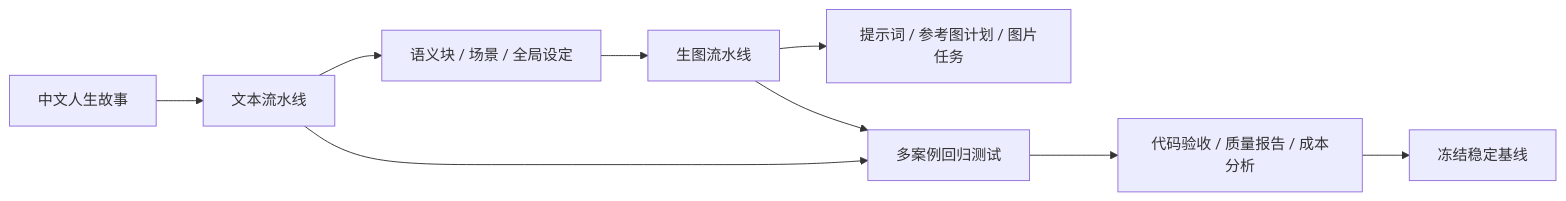
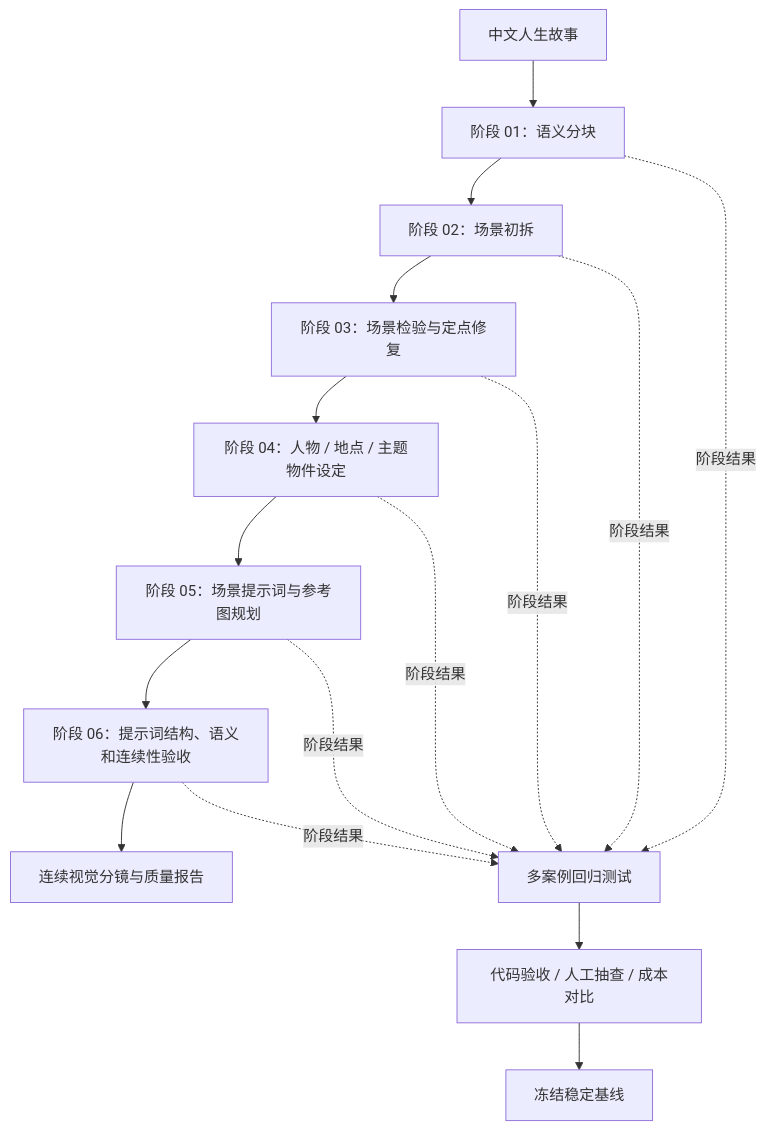
One commit to mayikanga/ai-narrative-pipeline-portfolio changed the diagram in README.md. Above: the diagram before and after it, drawn with Mermaid. The commit also changed other lines of this file, not shown here.

````diff
--- a/README.md
+++ b/README.md
@@ -23,11 +41,19 @@
 ```mermaid
-flowchart LR
-    A["中文人生故事"] --> B["文本流水线"]
-    B --> C["语义块 / 场景 / 全局设定"]
-    C --> D["生图流水线"]
-    D --> E["提示词 / 参考图计划 / 图片任务"]
-    B --> F["多案例回归测试"]
-    D --> F
-    F --> G["代码验收 / 质量报告 / 成本分析"]
-    G --> H["冻结稳定基线"]
+flowchart TB
+    A["中文人生故事"] --> B["阶段 01：语义分块"]
+    B --> C["阶段 02：场景初拆"]
+    C --> D["阶段 03：场景检验与定点修复"]
+    D --> E["阶段 04：人物 / 地点 / 主题物件设定"]
+    E --> F["阶段 05：场景提示词与参考图规划"]
+    F --> G["阶段 06：提示词结构、语义和连续性验收"]
+    G --> H["连续视觉分镜与质量报告"]
+
+    B -.阶段结果.-> R["多案例回归测试"]
+    C -.阶段结果.-> R
+    D -.阶段结果.-> R
+    E -.阶段结果.-> R
+    F -.阶段结果.-> R
+    G -.阶段结果.-> R
+    R --> S["代码验收 / 人工抽查 / 成本对比"]
+    S --> T["冻结稳定基线"]
 ```
````
